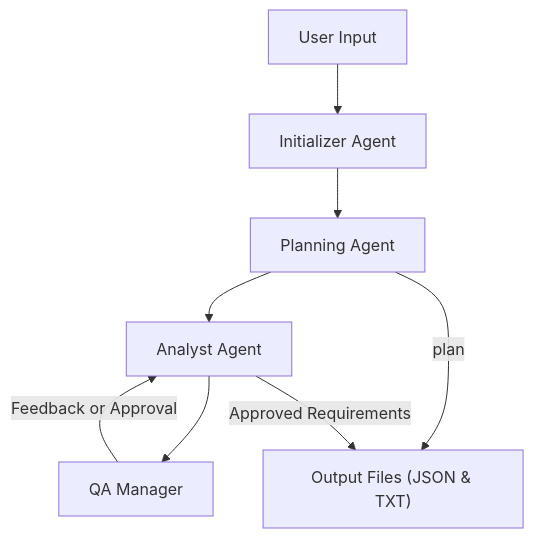
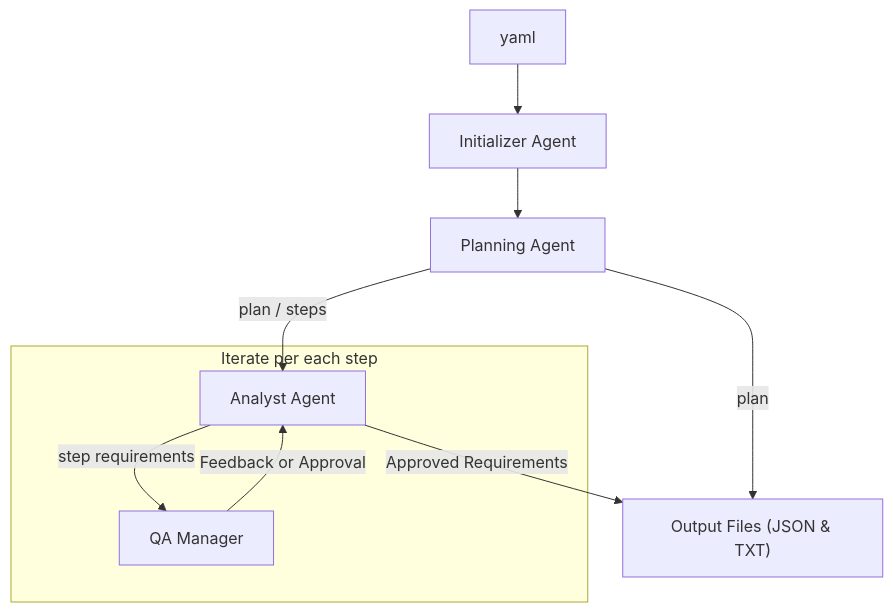
The first of 2 diagrams in README.md (spidernic/AutogenRequirementsAgent), drawn with Mermaid before and after one commit.

````diff
--- a/README.md
+++ b/README.md
@@ -124,17 +124,19 @@
 ```mermaid
 graph TD
-    UserInput["User Input"]
+    UserInput["yaml"]
     Initializer["Initializer Agent"]
     PlanningAgent["Planning Agent"]
     Analyst["Analyst Agent"]
     QAManager["QA Manager"]
     OutputFiles["Output Files (JSON & TXT)"]
 
     UserInput --> Initializer
     Initializer --> PlanningAgent
-    PlanningAgent --> Analyst
+    PlanningAgent -->|plan / steps| Analyst
     PlanningAgent -->|plan| OutputFiles
-    Analyst --> QAManager
-    QAManager -->|Feedback or Approval| Analyst
+    subgraph QAProcess ["Iterate per each step"]
+        Analyst -->|step requirements| QAManager
+        QAManager -->|Feedback or Approval| Analyst
+    end
     Analyst -->|Approved Requirements| OutputFiles
 ```
````
